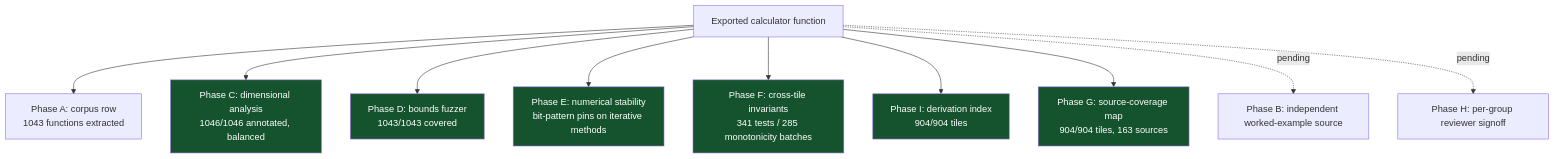
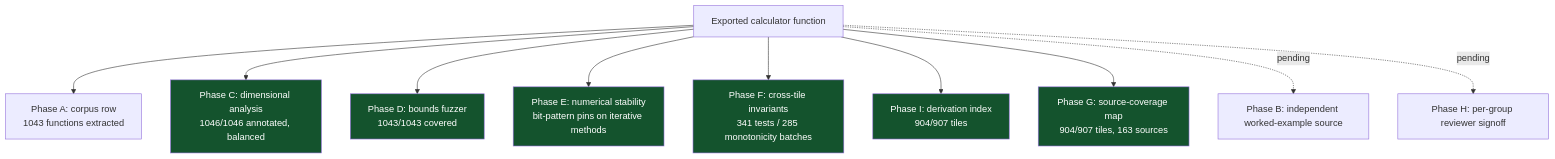
One commit to clay-good/roughlogic.com changed the sixth of 8 diagrams in README.md. Above: the diagram before and after it, drawn with Mermaid. The commit also changed other lines of this file and 19 other files, not shown here.

````diff
--- a/README.md
+++ b/README.md
@@ -519,18 +519,18 @@
 ```mermaid
 flowchart TB
     F[Exported calculator function] --> A[Phase A: corpus row\n1043 functions extracted]
     F --> C[Phase C: dimensional analysis\n1046/1046 annotated, balanced]
     F --> D[Phase D: bounds fuzzer\n1043/1043 covered]
     F --> E[Phase E: numerical stability\nbit-pattern pins on iterative methods]
     F --> Fa[Phase F: cross-tile invariants\n341 tests / 285 monotonicity batches]
-    F --> I[Phase I: derivation index\n904/904 tiles]
-    F --> G[Phase G: source-coverage map\n904/904 tiles, 163 sources]
+    F --> I[Phase I: derivation index\n904/907 tiles]
+    F --> G[Phase G: source-coverage map\n904/907 tiles, 163 sources]
     F -.pending.-> B[Phase B: independent worked-example source]
     F -.pending.-> H[Phase H: per-group reviewer signoff]
     style C fill:#14532d,color:#fff
     style D fill:#14532d,color:#fff
     style E fill:#14532d,color:#fff
     style Fa fill:#14532d,color:#fff
     style G fill:#14532d,color:#fff
     style I fill:#14532d,color:#fff
 ```
````
